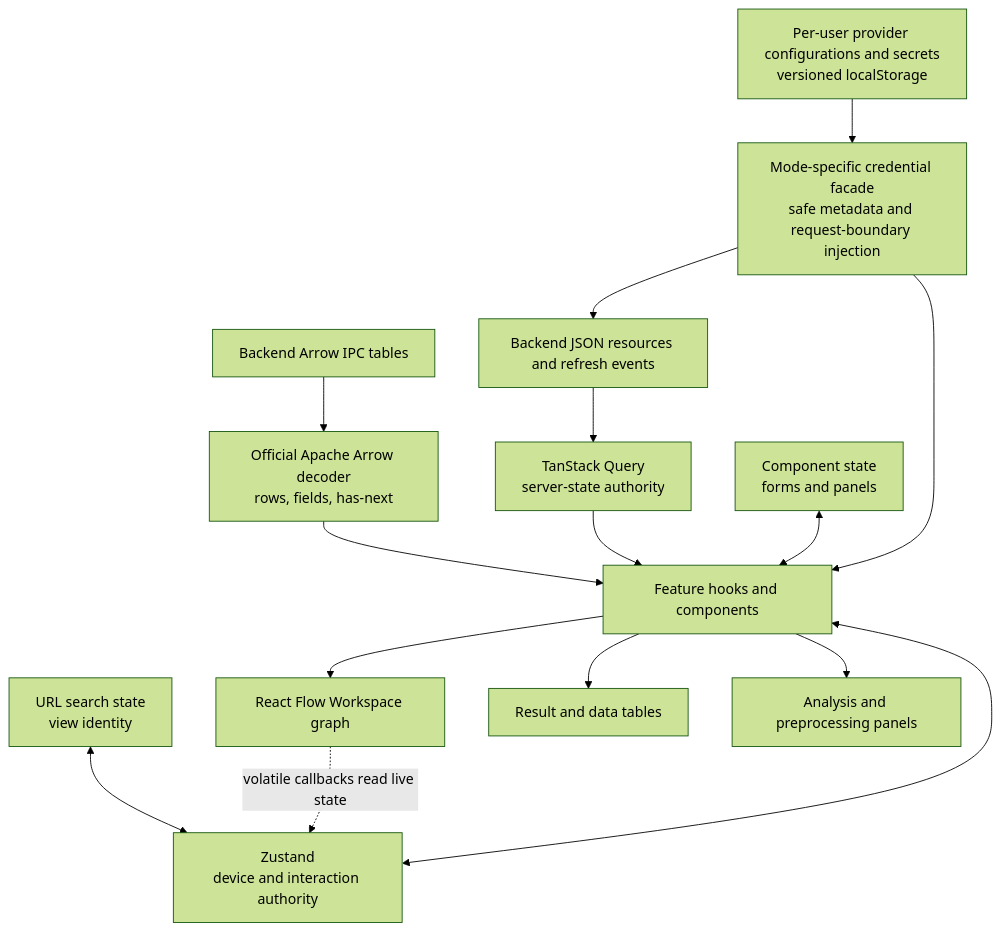
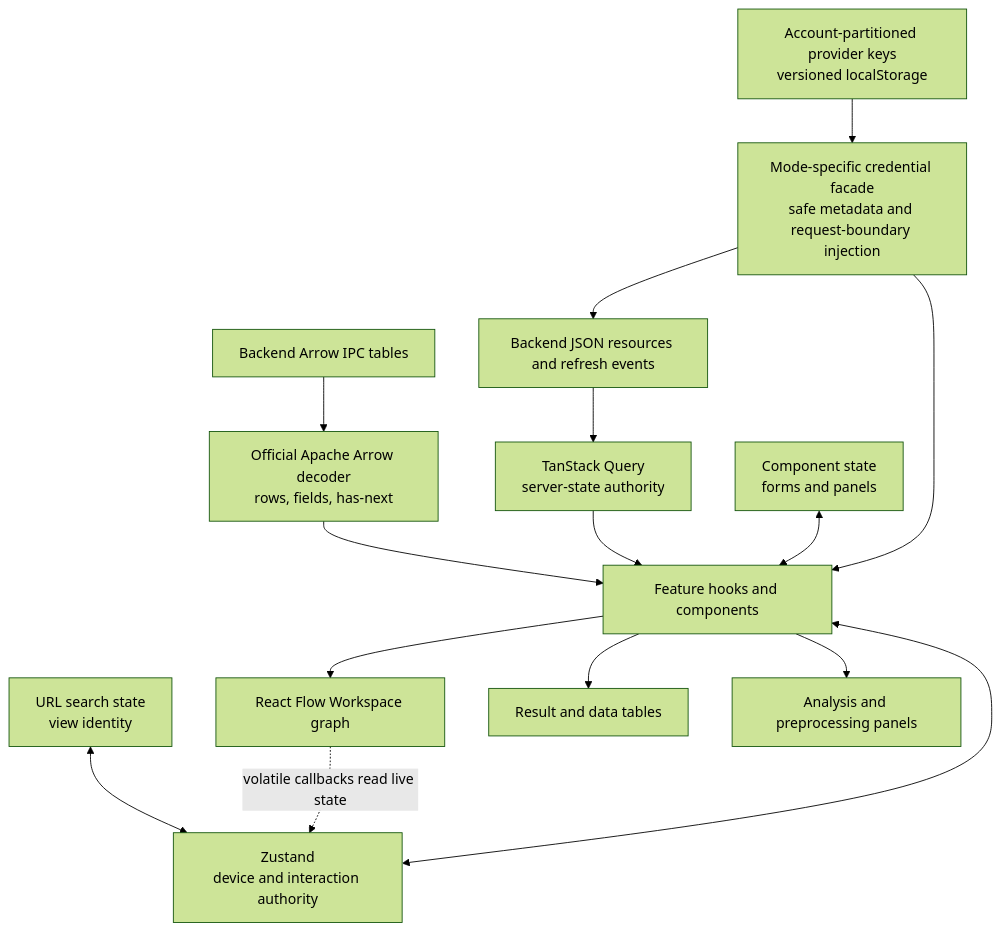
The diagram in docs/architecture/frontend/state-and-data-flow.md (Australian-Text-Analytics-Platform/ldaca-wordflow), drawn with Mermaid (forest theme) before and after one commit. The commit also changed other lines of this file and 157 other files, not shown here.

First line of the commit message:
Unify host storage, preferences and browser user isolation

````diff
--- a/docs/architecture/frontend/state-and-data-flow.md
+++ b/docs/architecture/frontend/state-and-data-flow.md
@@ -21,20 +34,20 @@
 ```mermaid
 flowchart TB
     BACKEND["Backend JSON resources and refresh events"] --> QUERY["TanStack Query<br/>server-state authority"]
     ARROW["Backend Arrow IPC tables"] --> DECODER["Official Apache Arrow decoder<br/>rows, fields, has-next"]
     DECODER --> FEATURES
     QUERY --> FEATURES["Feature hooks and components"]
 
     ZUSTAND["Zustand<br/>device and interaction authority"] <--> FEATURES
     LOCAL["Component state<br/>forms and panels"] <--> FEATURES
     URL["URL search state<br/>view identity"] <--> ZUSTAND
-    BROWSER_CREDENTIALS["Per-user provider configurations and secrets<br/>versioned localStorage"] --> CREDENTIAL_FACADE["Mode-specific credential facade<br/>safe metadata and request-boundary injection"]
+    BROWSER_CREDENTIALS["Account-partitioned provider keys<br/>versioned localStorage"] --> CREDENTIAL_FACADE["Mode-specific credential facade<br/>safe metadata and request-boundary injection"]
     CREDENTIAL_FACADE --> FEATURES
     CREDENTIAL_FACADE --> BACKEND
 
     FEATURES --> GRAPH["React Flow Workspace graph"]
     FEATURES --> TABLES["Result and data tables"]
     FEATURES --> PANELS["Analysis and preprocessing panels"]
 
     GRAPH -. "volatile callbacks read live state" .-> ZUSTAND
 ```
````
